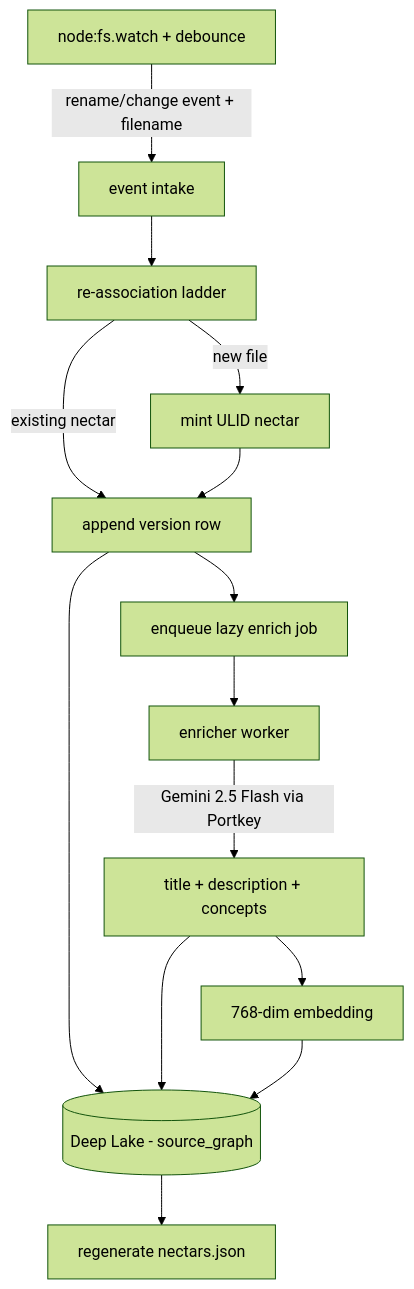
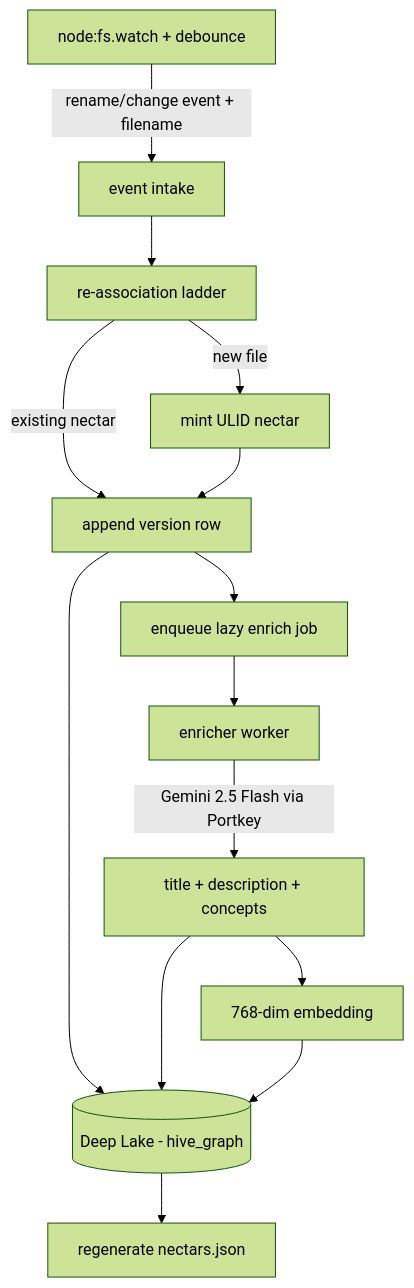
The second of 2 diagrams in library/knowledge/private/overview.md (legioncodeinc/nectar), drawn with Mermaid (forest theme) before and after one commit. The commit also changed other lines of this file and 337 other files, not shown here.

````diff
--- a/library/knowledge/private/overview.md
+++ b/library/knowledge/private/overview.md
@@ -83,16 +83,16 @@
 ```mermaid
 flowchart TD
     watcher["node:fs.watch + debounce"] -->|"rename/change event + filename"| intake[event intake]
     intake --> assoc[re-association ladder]
     assoc -->|existing nectar| versionAppend[append version row]
     assoc -->|new file| mintNectar[mint ULID nectar]
     mintNectar --> versionAppend
     versionAppend --> queueEnrich[enqueue lazy enrich job]
     queueEnrich --> enricher[enricher worker]
     enricher -->|Gemini 2.5 Flash via Portkey| descMint[title + description + concepts]
     descMint --> embed[768-dim embedding]
-    versionAppend --> deeplake[(Deep Lake - source_graph)]
+    versionAppend --> deeplake[(Deep Lake - hive_graph)]
     descMint --> deeplake
     embed --> deeplake
     deeplake --> projection[regenerate nectars.json]
 ```
````
